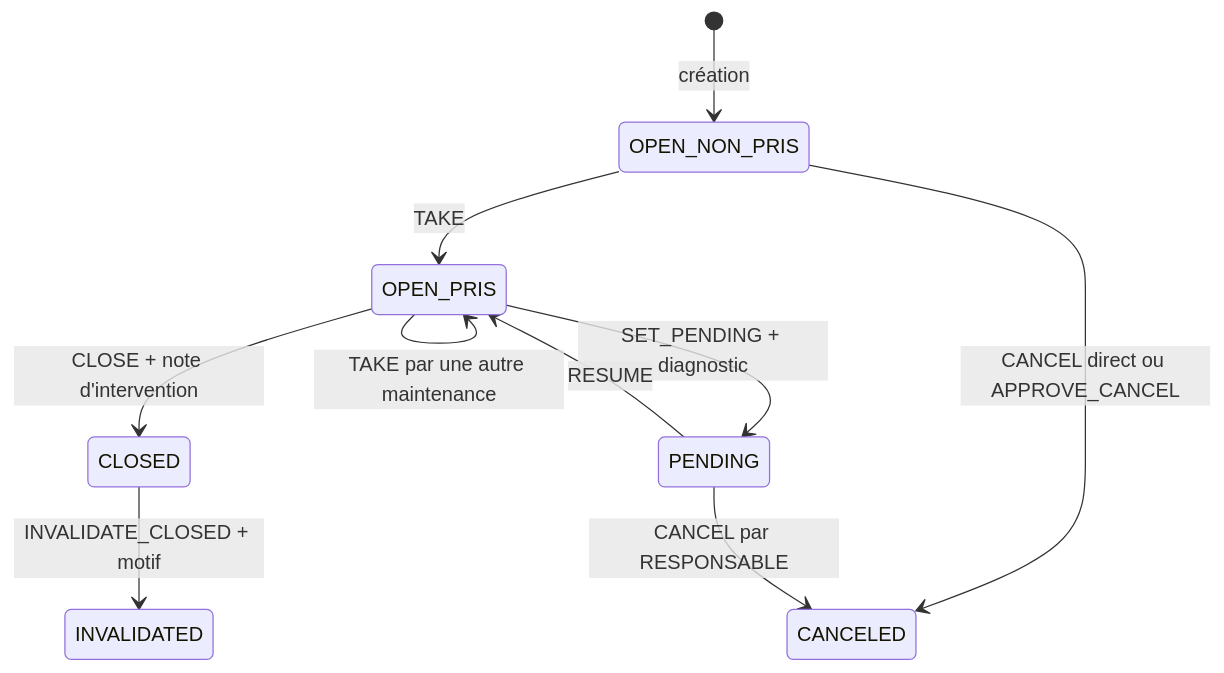
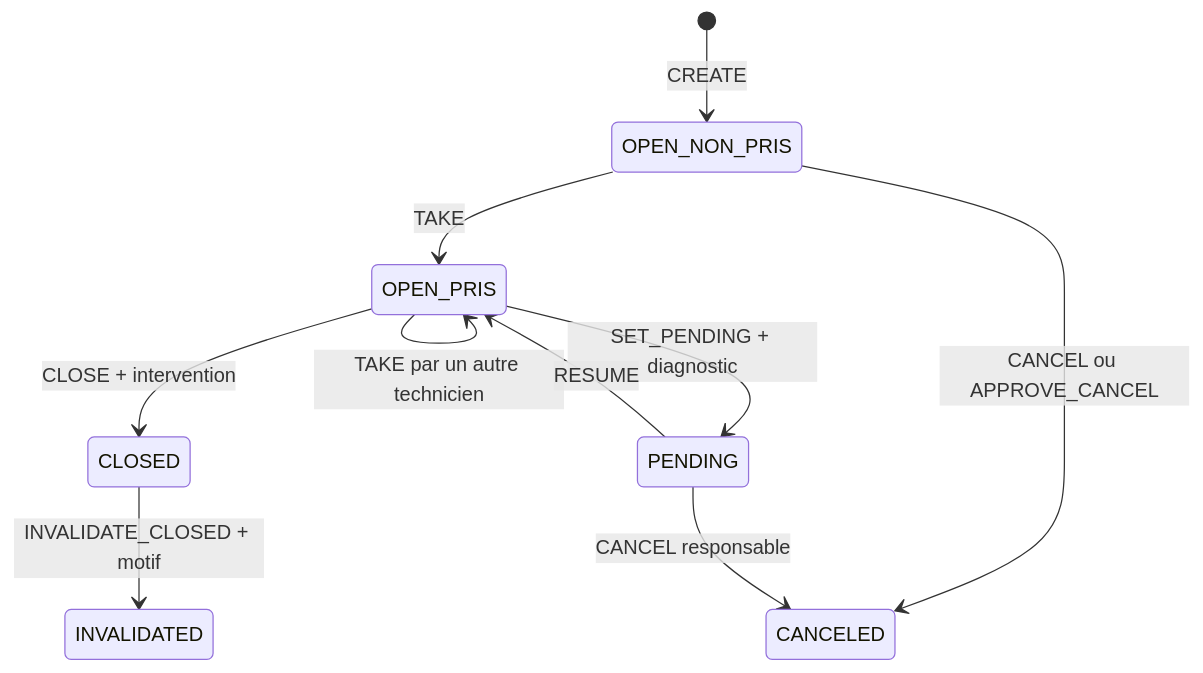
One commit to AmineAKIK/sentinel-fullstack changed the diagram in INCIDENT_LIFECYCLE.md. Above: the diagram before and after it, drawn with Mermaid. The commit also changed other lines of this file and 203 other files, not shown here.

````diff
--- a/INCIDENT_LIFECYCLE.md
+++ b/INCIDENT_LIFECYCLE.md
@@ -17,12 +25,12 @@
 ```mermaid
 stateDiagram-v2
-    [*] --> OPEN_NON_PRIS : création
-    OPEN_NON_PRIS --> OPEN_PRIS : TAKE
-    OPEN_PRIS --> OPEN_PRIS : TAKE par une autre maintenance
-    OPEN_PRIS --> PENDING : SET_PENDING + diagnostic
-    PENDING --> OPEN_PRIS : RESUME
-    OPEN_PRIS --> CLOSED : CLOSE + note d'intervention
-    OPEN_NON_PRIS --> CANCELED : CANCEL direct ou APPROVE_CANCEL
-    PENDING --> CANCELED : CANCEL par RESPONSABLE
-    CLOSED --> INVALIDATED : INVALIDATE_CLOSED + motif
+    [*] --> OPEN_NON_PRIS: CREATE
+    OPEN_NON_PRIS --> OPEN_PRIS: TAKE
+    OPEN_PRIS --> OPEN_PRIS: TAKE par un autre technicien
+    OPEN_PRIS --> PENDING: SET_PENDING + diagnostic
+    PENDING --> OPEN_PRIS: RESUME
+    OPEN_PRIS --> CLOSED: CLOSE + intervention
+    OPEN_NON_PRIS --> CANCELED: CANCEL ou APPROVE_CANCEL
+    PENDING --> CANCELED: CANCEL responsable
+    CLOSED --> INVALIDATED: INVALIDATE_CLOSED + motif
 ```
````
